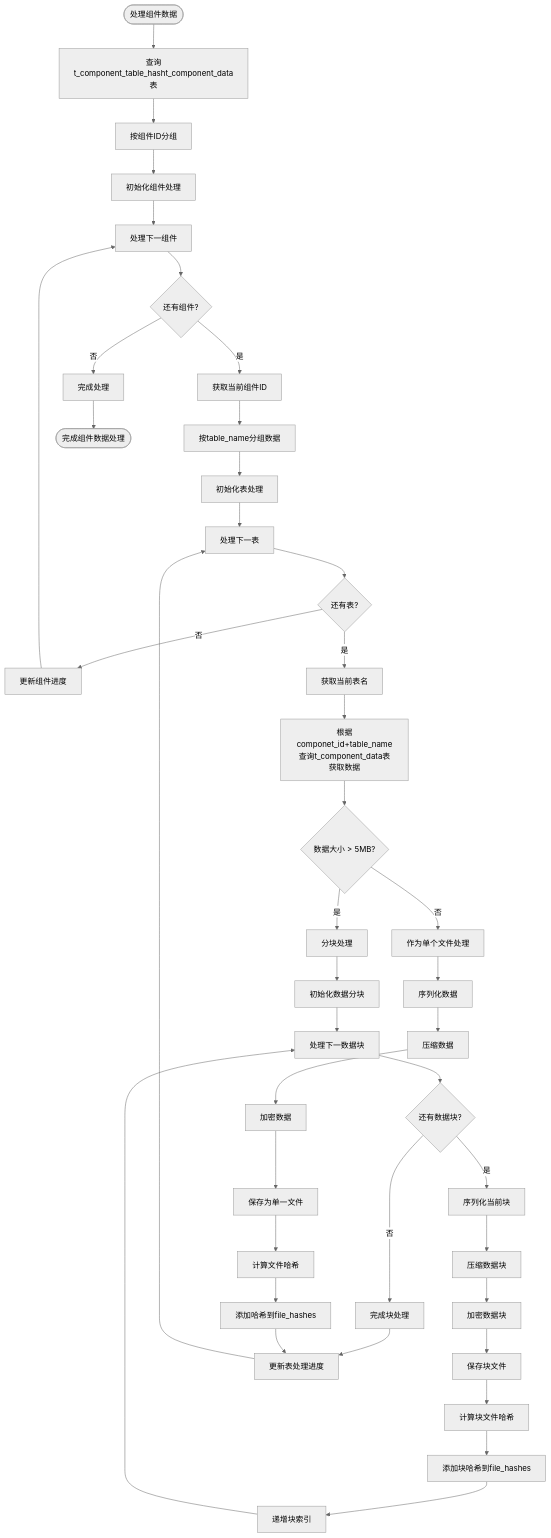
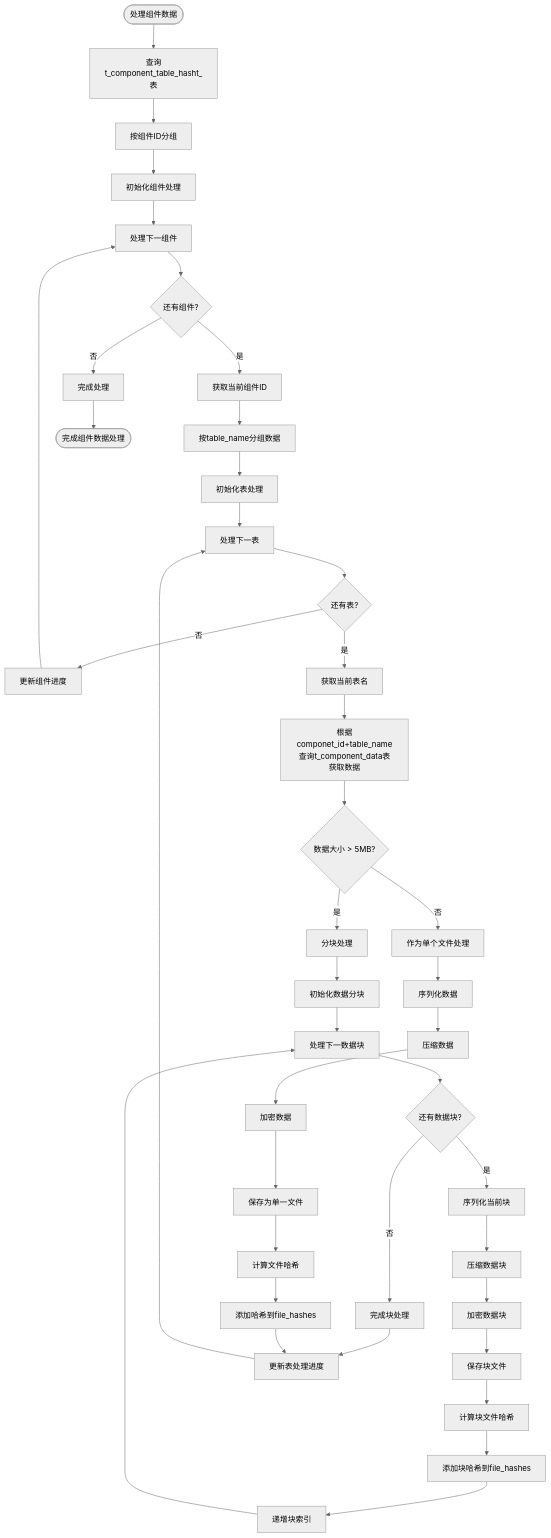
The diagram in all/未命名-56.md (yingjianzh/iodraw-files), drawn with Mermaid (neutral theme) before and after one commit.

Commit message:
2025-05-12 14:20:35 update

````diff
--- a/all/未命名-56.md
+++ b/all/未命名-56.md
@@ -1,57 +1,57 @@
 ```mermaid
 
 flowchart TD
-    Start([处理组件数据]) --> QueryDB[查询t_component_table_hasht_component_data表]
+    Start([处理组件数据]) --> QueryDB[查询t_component_table_hasht_表]
     QueryDB --> GroupByComp[按组件ID分组]
     GroupByComp --> InitCompProcess[初始化组件处理]
     
     InitCompProcess --> ProcessNextComp[处理下一组件]
     ProcessNextComp --> MoreComps{还有组件?}
     MoreComps -->|否| CompleteProcess[完成处理]
     MoreComps -->|是| GetCompID[获取当前组件ID]
     
     GetCompID --> GroupByTable[按table_name分组数据]
     GroupByTable --> InitTableProcess[初始化表处理]
     
     InitTableProcess --> ProcessNextTable[处理下一表]
     ProcessNextTable --> MoreTables{还有表?}
     MoreTables -->|否| UpdateCompProgress[更新组件进度]
     MoreTables -->|是| GetTableName[获取当前表名]
     
     UpdateCompProgress --> ProcessNextComp
     
     GetTableName --> QueryTableData[根据componet_id+table_name查询t_component_data表获取数据]
     QueryTableData --> DataSize{数据大小 > 5MB?}
     
     DataSize -->|否| ProcessSingleFile[作为单个文件处理]
     DataSize -->|是| ProcessMultipleChunks[分块处理]
     
     ProcessSingleFile --> SerializeData[序列化数据]
     SerializeData --> CompressData[压缩数据]
     CompressData --> EncryptData[加密数据]
     EncryptData --> SaveSingleFile[保存为单一文件]
     SaveSingleFile --> CalcFileHash[计算文件哈希]
     CalcFileHash --> AddToFileHashes[添加哈希到file_hashes]
 
     ProcessMultipleChunks --> InitChunks[初始化数据分块]
     InitChunks --> ProcessNextChunk[处理下一数据块]
     
     ProcessNextChunk --> MoreChunks{还有数据块?}
     MoreChunks -->|否| CompleteChunks[完成块处理]
     MoreChunks -->|是| SerializeChunk[序列化当前块]
     
     SerializeChunk --> CompressChunk[压缩数据块]
     CompressChunk --> EncryptChunk[加密数据块]
     EncryptChunk --> SaveChunkFile[保存块文件]
     SaveChunkFile --> CalcChunkHash[计算块文件哈希]
     CalcChunkHash --> AddChunkHash[添加块哈希到file_hashes]
     AddChunkHash --> IncrementChunkIndex[递增块索引]
     IncrementChunkIndex --> ProcessNextChunk
     
     CompleteChunks --> UpdateTableProgress[更新表处理进度]
     AddToFileHashes --> UpdateTableProgress
     UpdateTableProgress --> ProcessNextTable
     
     CompleteProcess --> End([完成组件数据处理])
 
 ```
````
